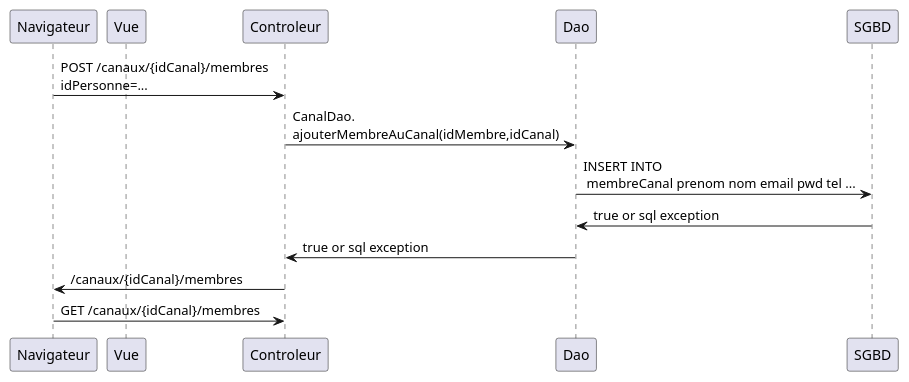
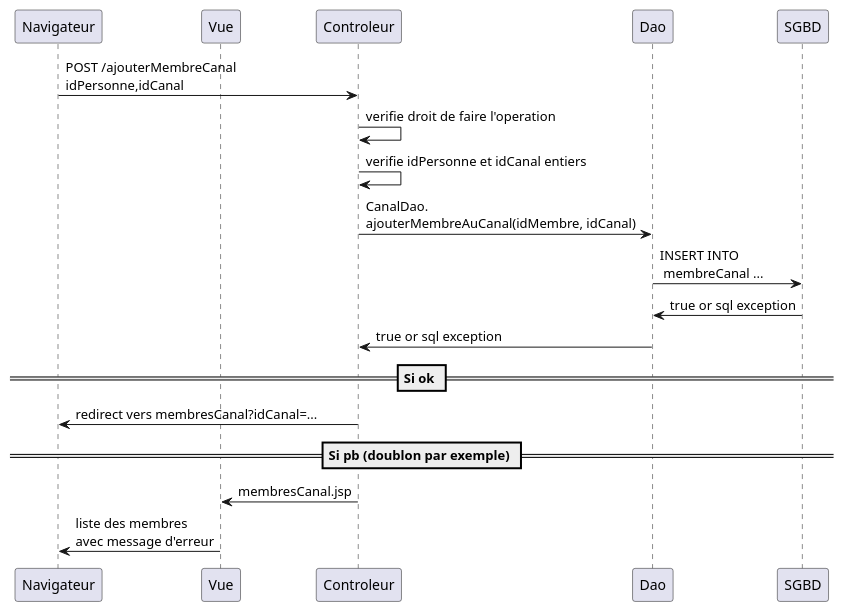
One commit to michel-plasse/cdaMassy2021 changed the diagram in src/main/webapp/WEB-INF/doc/AjouterMembreAuCanal.puml. Above: the diagram before and after it, drawn with PlantUML.

```diff
--- a/src/main/webapp/WEB-INF/doc/AjouterMembreAuCanal.puml
+++ b/src/main/webapp/WEB-INF/doc/AjouterMembreAuCanal.puml
@@ -1,14 +1,18 @@
 @startuml
 
 participant Navigateur
 participant Vue
 
-Navigateur -> Controleur : POST /canaux/{idCanal}/membres\nidPersonne=...
-Controleur -> Dao: CanalDao.\najouterMembreAuCanal(idMembre,idCanal) 
-Dao -> SGBD: INSERT INTO \n membreCanal prenom nom email pwd tel ...
+Navigateur -> Controleur : POST /ajouterMembreCanal\nidPersonne,idCanal
+Controleur -> Controleur : verifie droit de faire l'operation
+Controleur -> Controleur : verifie idPersonne et idCanal entiers
+Controleur -> Dao: CanalDao.\najouterMembreAuCanal(idMembre, idCanal) 
+Dao -> SGBD: INSERT INTO \n membreCanal ...
 SGBD -> Dao: true or sql exception
 Dao -> Controleur: true or sql exception
-Controleur -> Navigateur: /canaux/{idCanal}/membres
-Navigateur -> Controleur: GET /canaux/{idCanal}/membres 
-
+== Si ok ==
+Controleur -> Navigateur: redirect vers membresCanal?idCanal=...
+== Si pb (doublon par exemple) ==
+Controleur -> Vue: membresCanal.jsp
+Vue -> Navigateur: liste des membres\navec message d'erreur
 @enduml
```
